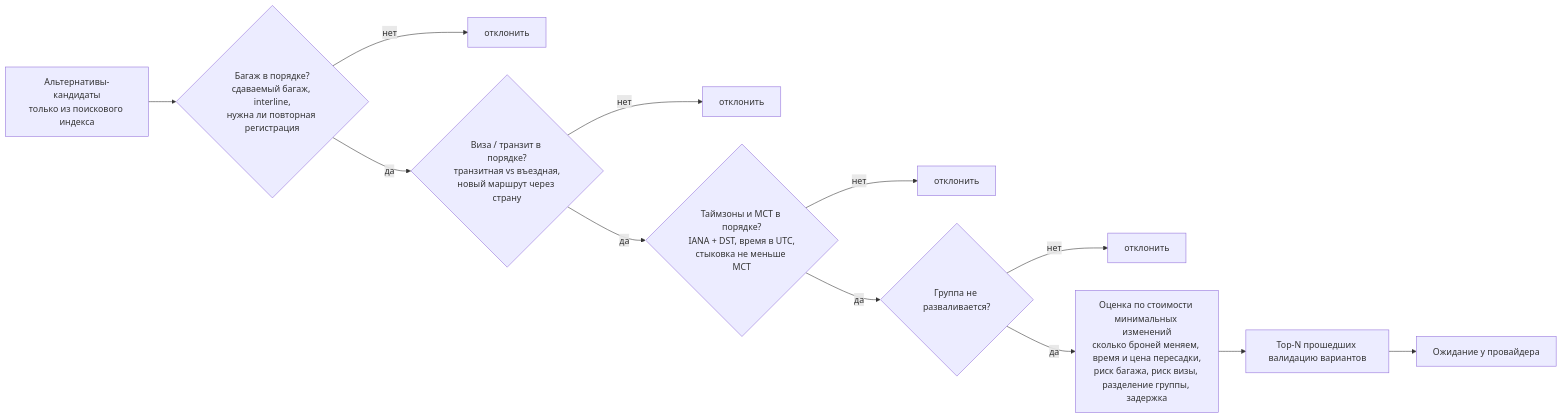
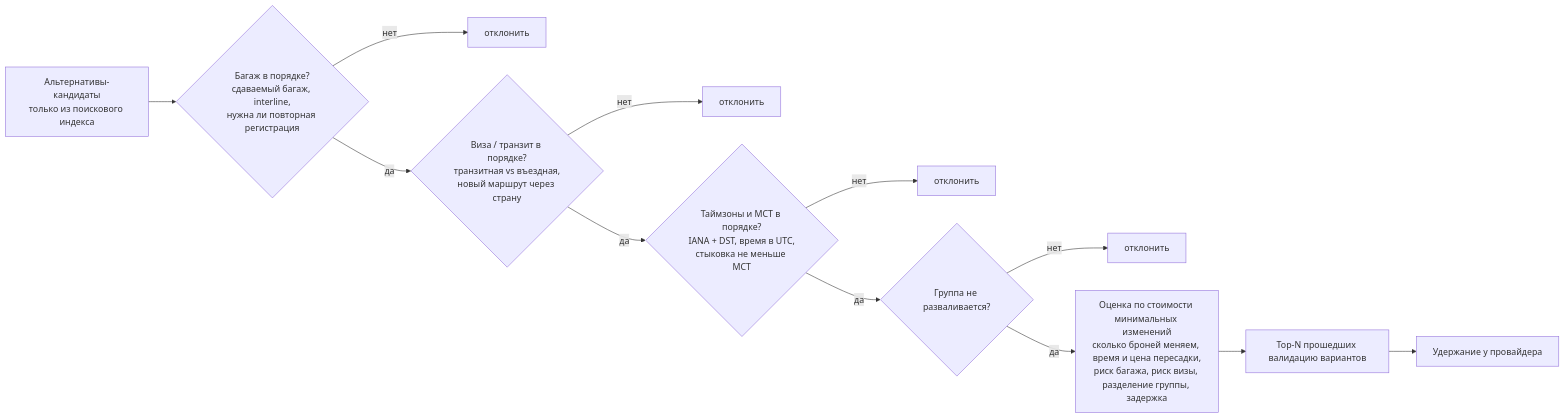
Before and after one commit to morozovsevolod/IT-analytics-case: the diagram in docs/choice_validation.mmd, drawn with Mermaid.

Commit message:
fix: corrected English 'hold' translation

```diff
--- a/docs/choice_validation.mmd
+++ b/docs/choice_validation.mmd
@@ -1,12 +1,12 @@
 flowchart LR
     CAND["Альтернативы-кандидаты<br/>только из поискового индекса"] --> BAG{"Багаж в порядке?<br/>сдаваемый багаж, interline,<br/>нужна ли повторная регистрация"}
     BAG -->|нет| R1["отклонить"]
     BAG -->|да| VIS{"Виза / транзит в порядке?<br/>транзитная vs въездная,<br/>новый маршрут через страну"}
     VIS -->|нет| R2["отклонить"]
     VIS -->|да| TZ{"Таймзоны и MCT в порядке?<br/>IANA + DST, время в UTC,<br/>стыковка не меньше MCT"}
     TZ -->|нет| R3["отклонить"]
     TZ -->|да| GRP{"Группа не разваливается?"}
     GRP -->|нет| R4["отклонить"]
     GRP -->|да| SCORE["Оценка по стоимости минимальных изменений<br/>сколько броней меняем, время и цена пересадки,<br/>риск багажа, риск визы, разделение группы, задержка"]
     SCORE --> TOPN["Top-N прошедших валидацию вариантов"]
-    TOPN --> HOLD["Ожидание у провайдера"]
+    TOPN --> HOLD["Удержание у провайдера"]
```
